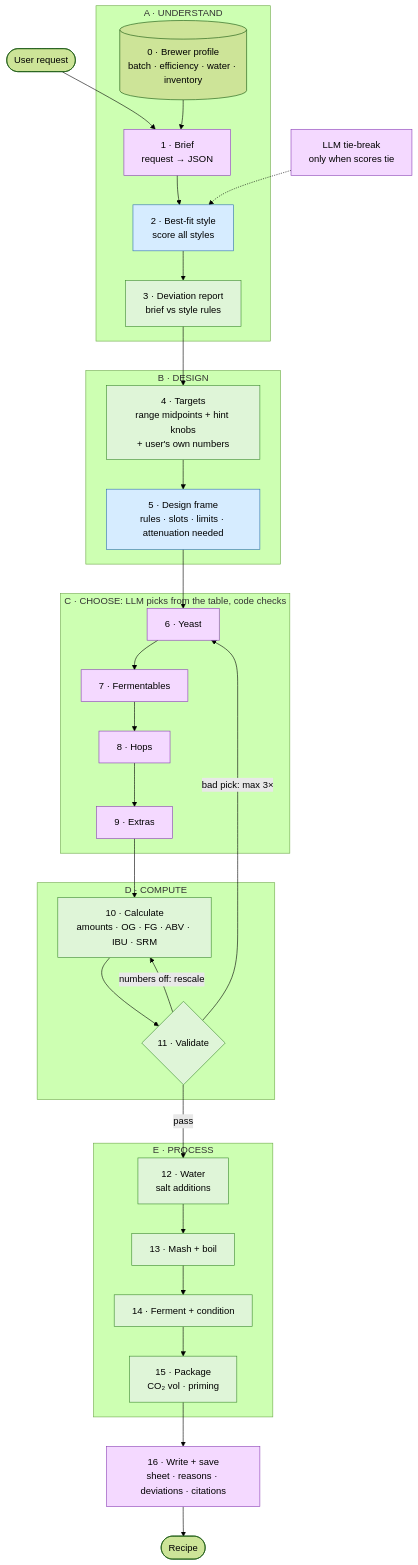
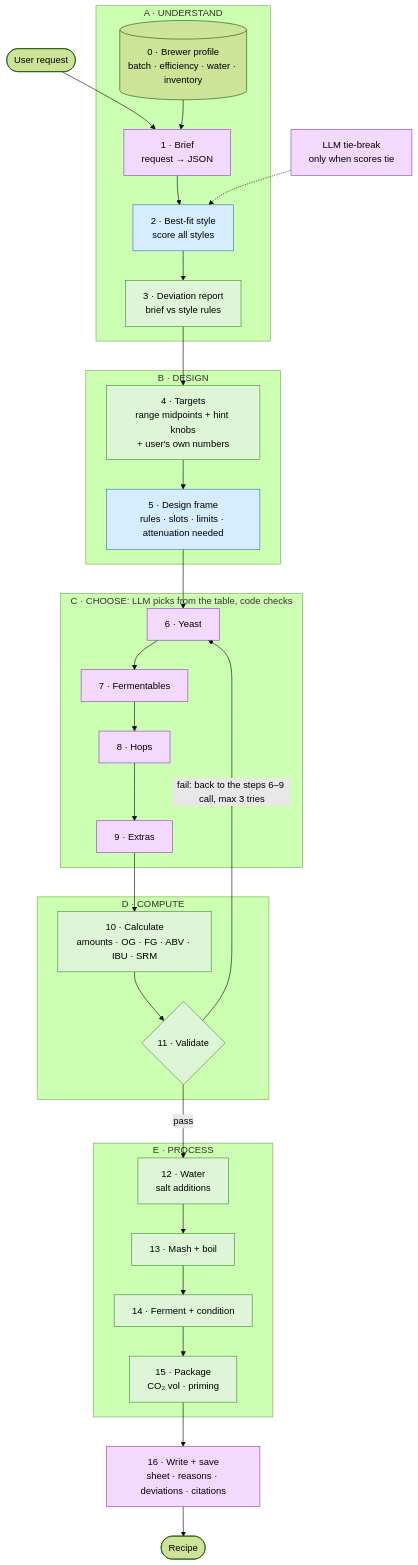
One commit to badacsonyigorenyember/homebrew_ai changed the second of 4 diagrams in docs/RECIPE-ROADMAP.md. Above: the diagram before and after it, drawn with Mermaid (forest theme). The commit also changed other lines of this file and 4 other files, not shown here.

````diff
--- a/docs/RECIPE-ROADMAP.md
+++ b/docs/RECIPE-ROADMAP.md
@@ -81,41 +81,40 @@
 ```mermaid
 flowchart TD
     U([User request]) --> S1
     subgraph stA["A · UNDERSTAND"]
       S0[("0 · Brewer profile<br/>batch · efficiency · water · inventory")]
       S1["1 · Brief<br/>request → JSON"]:::llm
       S2["2 · Best-fit style<br/>score all styles"]:::sql
       S3["3 · Deviation report<br/>brief vs style rules"]:::code
     end
     subgraph stB["B · DESIGN"]
       S4["4 · Targets<br/>range midpoints + hint knobs<br/>+ user's own numbers"]:::code
       S5["5 · Design frame<br/>rules · slots · limits · attenuation needed"]:::sql
     end
     subgraph stC["C · CHOOSE: LLM picks from the table, code checks"]
       S6["6 · Yeast"]:::llm
       S7["7 · Fermentables"]:::llm
       S8["8 · Hops"]:::llm
       S9["9 · Extras"]:::llm
     end
     subgraph stD["D · COMPUTE"]
       S10["10 · Calculate<br/>amounts · OG · FG · ABV · IBU · SRM"]:::code
       S11{"11 · Validate"}:::code
     end
     subgraph stE["E · PROCESS"]
       S12["12 · Water<br/>salt additions"]:::code
       S13["13 · Mash + boil"]:::code
       S14["14 · Ferment + condition"]:::code
       S15["15 · Package<br/>CO₂ vol · priming"]:::code
     end
     S0 --> S1
     S1 --> S2 --> S3 --> S4 --> S5 --> S6 --> S7 --> S8 --> S9 --> S10 --> S11
-    S11 -- "numbers off: rescale" --> S10
-    S11 -- "bad pick: max 3×" --> S6
+    S11 -- "fail: back to the steps 6–9 call, max 3 tries" --> S6
     S11 -- pass --> S12 --> S13 --> S14 --> S15 --> S16
     S16["16 · Write + save<br/>sheet · reasons · deviations · citations"]:::llm --> R([Recipe])
     T["LLM tie-break<br/>only when scores tie"]:::llm -.-> S2
 
     classDef llm fill:#f4d9ff,stroke:#8a3fb5,color:#000
     classDef sql fill:#d6ecff,stroke:#2f6fb0,color:#000
     classDef code fill:#dff5d8,stroke:#3c8a2e,color:#000
 ```
````
